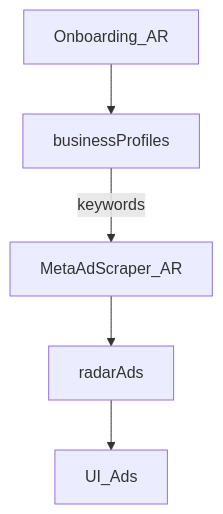
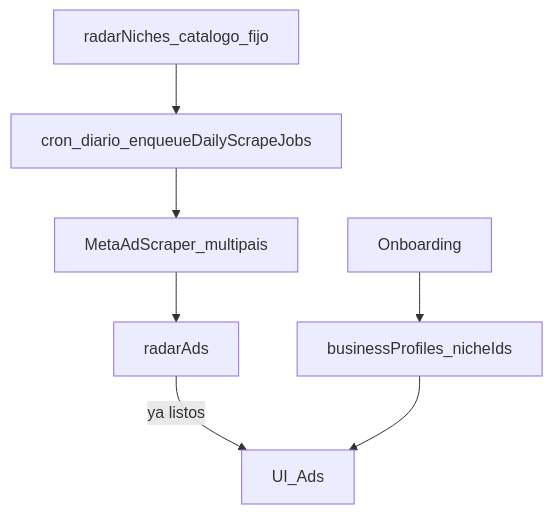
Before and after one commit to IsmaFunes/TrendOS: the diagram in docs/product-context.md, drawn with Mermaid. The commit also changed other lines of this file and 23 other files, not shown here.

````diff
--- a/docs/product-context.md
+++ b/docs/product-context.md
@@ -20,13 +20,17 @@
 ```mermaid
 flowchart TD
-  onboarding[Onboarding_AR]
-  profile[businessProfiles]
-  scrape[MetaAdScraper_AR]
+  catalog[radarNiches_catalogo_fijo]
+  cron[cron_diario_enqueueDailyScrapeJobs]
+  scrape[MetaAdScraper_multipais]
   ads[radarAds]
+  onboarding[Onboarding]
+  profile[businessProfiles_nicheIds]
   ui[UI_Ads]
 
+  catalog --> cron
+  cron --> scrape
+  scrape --> ads
+  ads -->|ya listos| ui
   onboarding --> profile
-  profile -->|keywords| scrape
-  scrape --> ads
-  ads --> ui
+  profile --> ui
 ```
````
